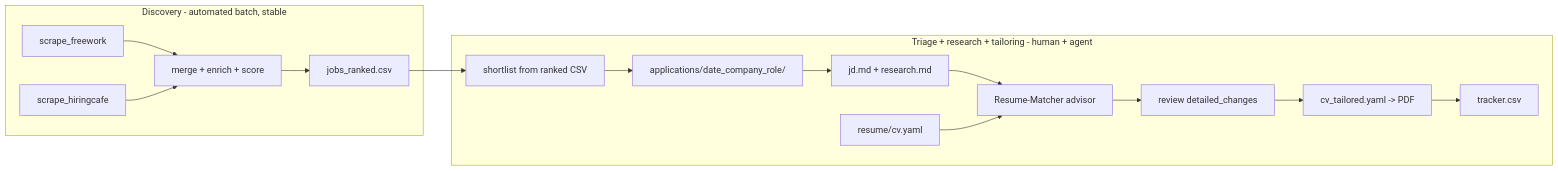
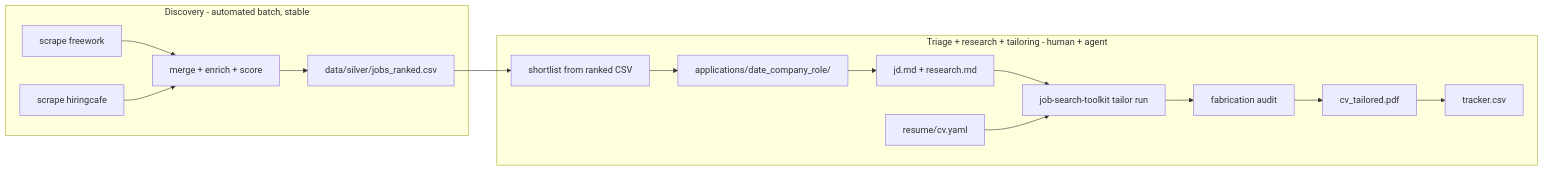
Before and after one commit to evanokeefe39/job-search-toolkit: the diagram in README.md, drawn with Mermaid. The commit also changed other lines of this file and 80 other files, not shown here.

Commit message:
refactor: restructure into installable job-search-toolkit package

````diff
--- a/README.md
+++ b/README.md
@@ -118,18 +133,18 @@
 ```mermaid
 flowchart LR
     subgraph DISCOVERY[Discovery - automated batch, stable]
-        S1[scrape_freework] --> M[merge + enrich + score]
-        S2[scrape_hiringcafe] --> M
-        M --> R[jobs_ranked.csv]
+        S1[scrape freework] --> M[merge + enrich + score]
+        S2[scrape hiringcafe] --> M
+        M --> R[data/silver/jobs_ranked.csv]
     end
     subgraph WORKSPACE[Triage + research + tailoring - human + agent]
         R --> PICK[shortlist from ranked CSV]
         PICK --> APP[applications/date_company_role/]
         APP --> RES[jd.md + research.md]
-        RES --> RM[Resume-Matcher advisor]
-        MASTER[resume/cv.yaml] --> RM
-        RM --> DIFF[review detailed_changes]
-        DIFF --> TAILOR[cv_tailored.yaml -> PDF]
-        TAILOR --> TRACK[tracker.csv]
+        RES --> TAILOR[job-search-toolkit tailor run]
+        MASTER[resume/cv.yaml] --> TAILOR
+        TAILOR --> AUDIT[fabrication audit]
+        AUDIT --> PDF[cv_tailored.pdf]
+        PDF --> TRACK[tracker.csv]
     end
 ```
````
